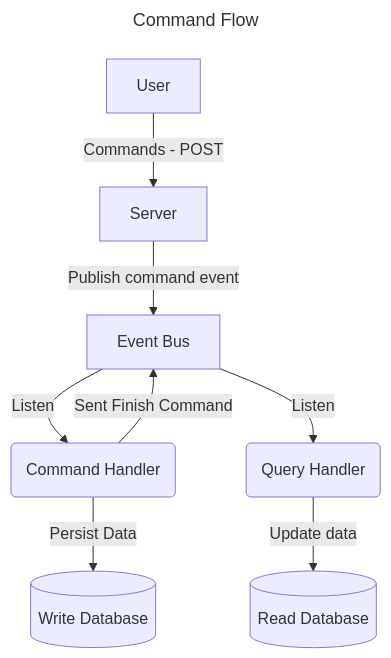
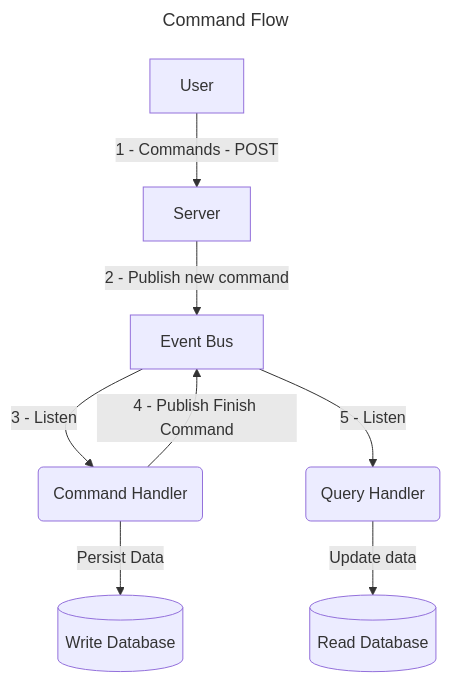
One commit to Luisgustavom1/microservices-study changed the first of 2 diagrams in cqrs/README.md. Above: the diagram before and after it, drawn with Mermaid.

````diff
--- a/cqrs/README.md
+++ b/cqrs/README.md
@@ -2,20 +2,20 @@
 ```mermaid
 ---
 title: Command Flow
 ---
 graph TD
-    User --> |Commands - POST| App --> |Publish command event| Queue
+    User --> |1 - Commands - POST| App --> |2 - Publish new command| Queue
     
-    Queue --> |Listen| CommandHandler --> |Persist Data| WriteDb
-    CommandHandler --> |Sent Finish Command| Queue
+    Queue --> |3 - Listen| CommandHandler --> |Persist Data| WriteDb
+    CommandHandler --> |4 - Publish Finish Command| Queue
 
-    Queue --> |Listen| QueryHandler --> |Update data| ReadDb
+    Queue --> |5 - Listen| QueryHandler --> |Update data| ReadDb
 
     User[User]
     App[Server]
     CommandHandler(Command Handler)
     QueryHandler(Query Handler)
     ReadDb[(Read Database)]
     WriteDb[(Write Database)]
     Queue["Event Bus"]
 ```
````
